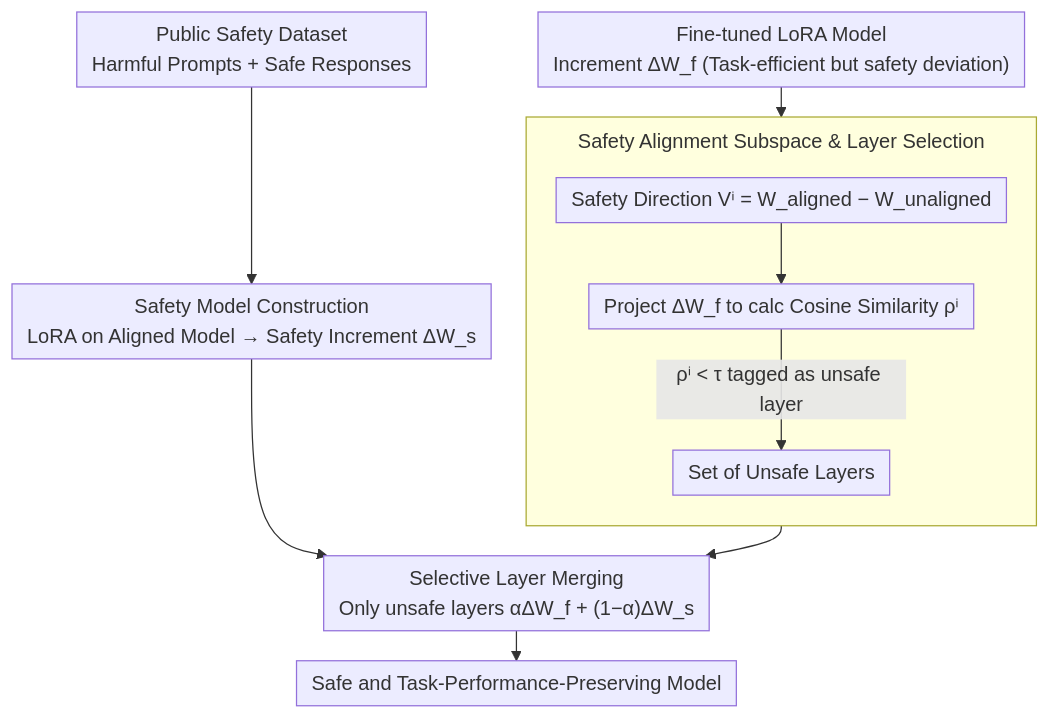
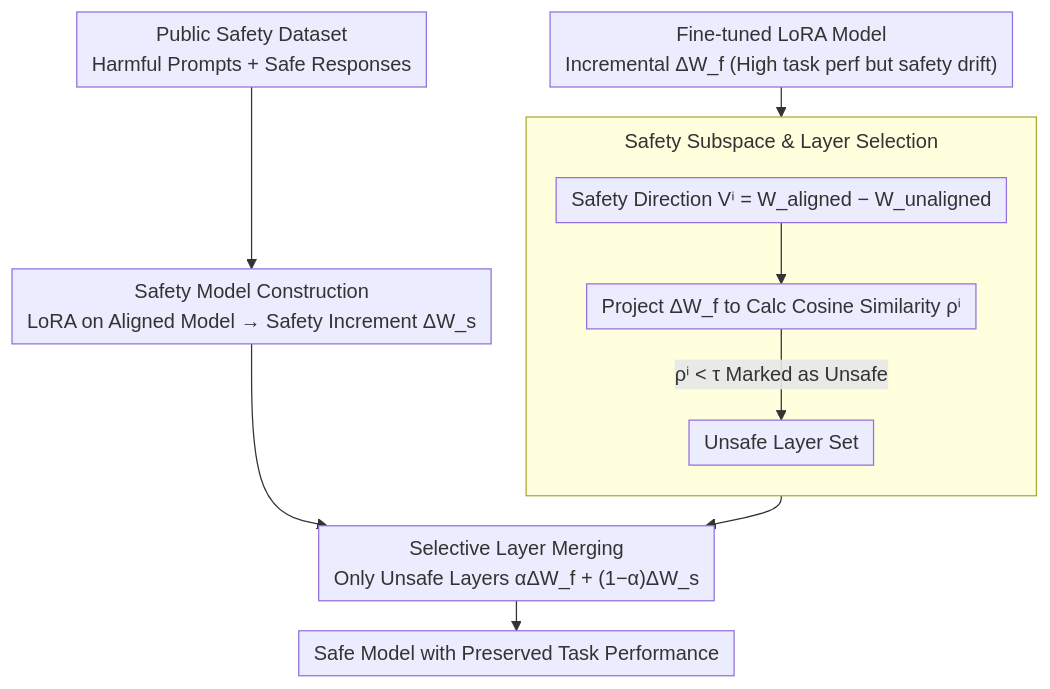
Before and after one commit to zhaoyang97/Paper-Notes-en: the diagram in docs/ACL2026/llm_safety/safemerge_preserving_safety_alignment_in_fine-tuned_large_language_models_via_se.md, drawn with Mermaid. The commit also changed other lines of this file and 5084 other files, not shown here.

````diff
--- a/docs/ACL2026/llm_safety/safemerge_preserving_safety_alignment_in_fine-tuned_large_language_models_via_se.md
+++ b/docs/ACL2026/llm_safety/safemerge_preserving_safety_alignment_in_fine-tuned_large_language_models_via_se.md
@@ -44,14 +44,14 @@
 ```mermaid
 %%{init: {'flowchart': {'rankSpacing': 24, 'nodeSpacing': 28, 'padding': 6, 'wrappingWidth': 400, 'subGraphTitleMargin': {'top': 8, 'bottom': 16}}}}%%
 flowchart TD
-    A["Fine-tuned LoRA Model<br/>Increment ΔW_f (Task-efficient but safety deviation)"] --> SEL
+    A["Fine-tuned LoRA Model<br/>Incremental ΔW_f (High task perf but safety drift)"] --> SEL
     B["Public Safety Dataset<br/>Harmful Prompts + Safe Responses"] --> SM
     SM["Safety Model Construction<br/>LoRA on Aligned Model → Safety Increment ΔW_s"] --> MERGE
-    subgraph SEL["Safety Alignment Subspace & Layer Selection"]
+    subgraph SEL["Safety Subspace & Layer Selection"]
         direction TB
-        C["Safety Direction Vⁱ = W_aligned − W_unaligned"] --> D["Project ΔW_f to calc Cosine Similarity ρⁱ"]
-        D -->|"ρⁱ < τ tagged as unsafe layer"| E["Set of Unsafe Layers"]
+        C["Safety Direction Vⁱ = W_aligned − W_unaligned"] --> D["Project ΔW_f to Calc Cosine Similarity ρⁱ"]
+        D -->|"ρⁱ < τ Marked as Unsafe"| E["Unsafe Layer Set"]
     end
-    SEL --> MERGE["Selective Layer Merging<br/>Only unsafe layers αΔW_f + (1−α)ΔW_s"]
-    MERGE --> F["Safe and Task-Performance-Preserving Model"]
+    SEL --> MERGE["Selective Layer Merging<br/>Only Unsafe Layers αΔW_f + (1−α)ΔW_s"]
+    MERGE --> F["Safe Model with Preserved Task Performance"]
 ```
````
